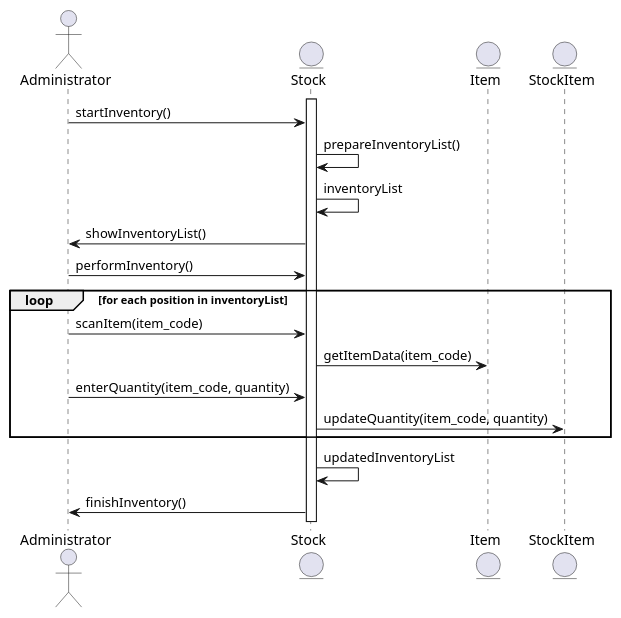
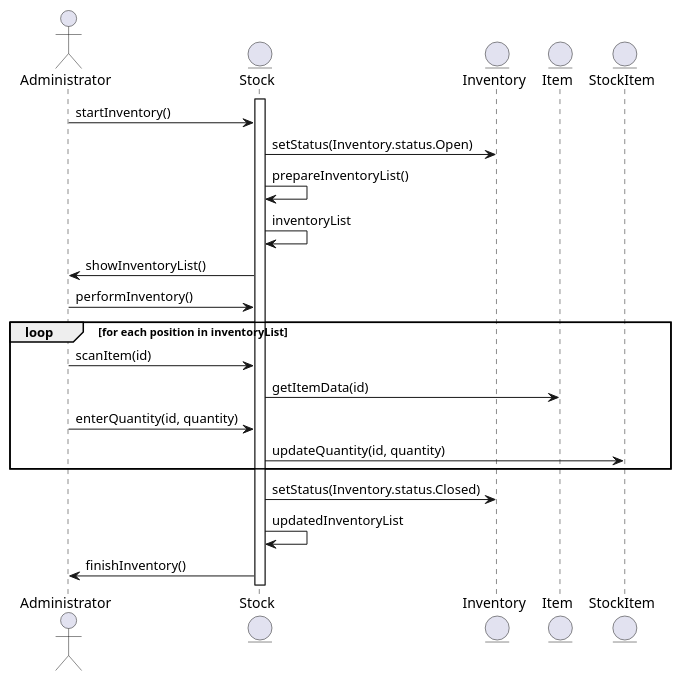
Before and after one commit to penamarth/bsbo-02-21_team5_var6_sklad: the diagram in warehouse/Прецеденты/Инвертаризация/Инвентаризация товара - диаграмма.md, drawn with PlantUML. The commit also changed 3 other files, not shown here.

```diff
--- a/warehouse/Прецеденты/Инвертаризация/Инвентаризация товара - диаграмма.md
+++ b/warehouse/Прецеденты/Инвертаризация/Инвентаризация товара - диаграмма.md
@@ -1,24 +1,27 @@
 @startuml
 
 actor Administrator
 entity Stock
+entity Inventory
 entity Item
 entity StockItem
 
 activate Stock
 
 Administrator -> Stock: startInventory()
+Stock -> Inventory: setStatus(Inventory.status.Open)
 Stock -> Stock: prepareInventoryList()
 Stock -> Stock: inventoryList
 Stock -> Administrator: showInventoryList()
 Administrator -> Stock: performInventory()
 loop for each position in inventoryList
-    Administrator -> Stock: scanItem(item_code)
-    Stock -> Item: getItemData(item_code)
-    Administrator -> Stock: enterQuantity(item_code, quantity)
-    Stock -> StockItem: updateQuantity(item_code, quantity)
+    Administrator -> Stock: scanItem(id)
+    Stock -> Item: getItemData(id)
+    Administrator -> Stock: enterQuantity(id, quantity)
+    Stock -> StockItem: updateQuantity(id, quantity)
 end
+Stock -> Inventory: setStatus(Inventory.status.Closed)
 Stock -> Stock: updatedInventoryList
 Stock -> Administrator: finishInventory()
 
 @enduml
```
